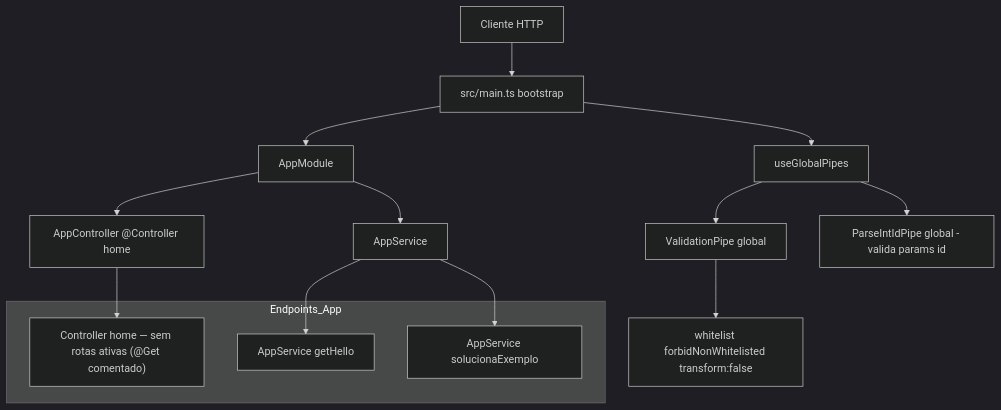
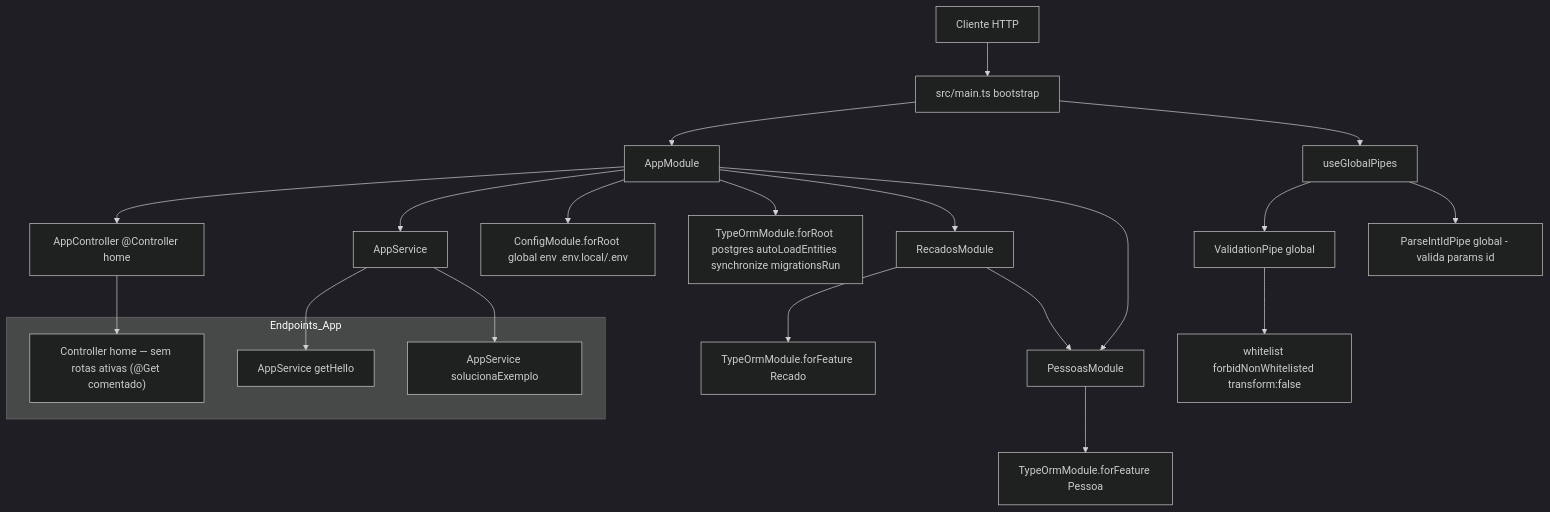
Before and after one commit to marreiro23/conceitos_nest: the diagram in docs/app/flow-app-completo.mmd, drawn with Mermaid (dark theme). The commit also changed 10 other files, not shown here.

Commit message:
feat: update recados and pessoas modules; modify API endpoints, enhance service logging, and add UML/sequence diagrams for better documentation

```diff
--- a/docs/app/flow-app-completo.mmd
+++ b/docs/app/flow-app-completo.mmd
@@ -1,27 +1,41 @@
 flowchart TB
   Client[Cliente HTTP]
   Main[src/main.ts bootstrap]
   Validation[ValidationPipe global]
   Rules[whitelist forbidNonWhitelisted transform:false]
+  ParseIntIdPipeGlobal[ParseIntIdPipe global - valida params id]
   AppModule[AppModule]
   AppController[AppController @Controller home]
   AppService[AppService]
+  ConfigModule[ConfigModule.forRoot global env .env.local/.env]
+  TypeOrmRoot[TypeOrmModule.forRoot postgres autoLoadEntities synchronize migrationsRun]
+  RecadosModule[RecadosModule]
+  PessoasModule[PessoasModule]
+  RecadoFeature[TypeOrmModule.forFeature Recado]
+  PessoaFeature[TypeOrmModule.forFeature Pessoa]
 
   Client --> Main
   Main --> AppModule
   Main --> GlobalPipes[useGlobalPipes]
   GlobalPipes --> Validation
   Validation --> Rules
-  GlobalPipes --> ParseIntIdPipeGlobal[ParseIntIdPipe global - valida params id]
+  GlobalPipes --> ParseIntIdPipeGlobal
   AppModule --> AppController
   AppModule --> AppService
+  AppModule --> ConfigModule
+  AppModule --> TypeOrmRoot
+  AppModule --> RecadosModule
+  AppModule --> PessoasModule
+  RecadosModule --> RecadoFeature
+  RecadosModule --> PessoasModule
+  PessoasModule --> PessoaFeature
 
   subgraph Endpoints_App
     HomeController["Controller home — sem rotas ativas (@Get comentado)"]
     ServiceHello[AppService getHello]
     ServiceExemplo[AppService solucionaExemplo]
   end
 
   AppController --> HomeController
   AppService --> ServiceHello
   AppService --> ServiceExemplo
```
